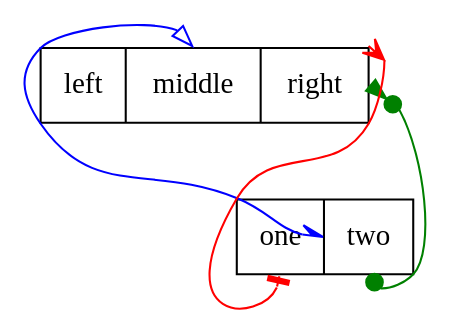
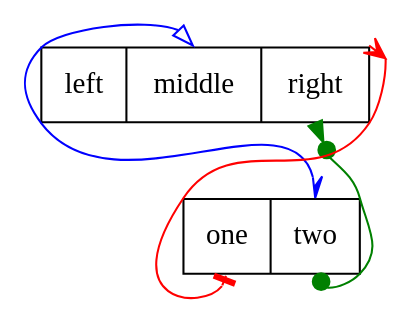
The diagram in data/17.gv (graphviz-perl/GraphViz2-Marpa), drawn with Graphviz before and after one commit. The commit also changed 1 other file, not shown here.

```diff
--- a/data/17.gv
+++ b/data/17.gv
@@ -1,40 +1,40 @@
 digraph graph_17
 {
 	node
 	[
 		shape = "record"
 	]
 	edge
 	[
 		color = "blue"
 		penwidth = 1
 	]
 	node_17_1
 	[
 		label = "<p11> left|<p12> middle|<p13> right"
 	]
 	node_17_2
 	[
 		label = "<p21> one|<p22> two"
 	]
-	node_17_1:p12:n -> node_17_2:p22:w
+	node_17_1:p12:n -> node_17_2:p22
 	[
 		arrowtail = "empty"
 		arrowhead = "halfopen"
 		dir       = "both"
 	]
-	node_17_1:p13:e -> node_17_2:p22:s
+	node_17_1:p13 -> node_17_2:p22:s
 	[
 		arrowtail = "invdot"
 		arrowhead = "dot"
 		color     = green
 		dir       = "both"
 	]
 	node_17_1:p13:ne -> node_17_2:p21:s
 	[
 		arrowtail = "crow"
 		arrowhead = "tee"
 		color     = red
 		dir       = "both"
 	]
 }
```
